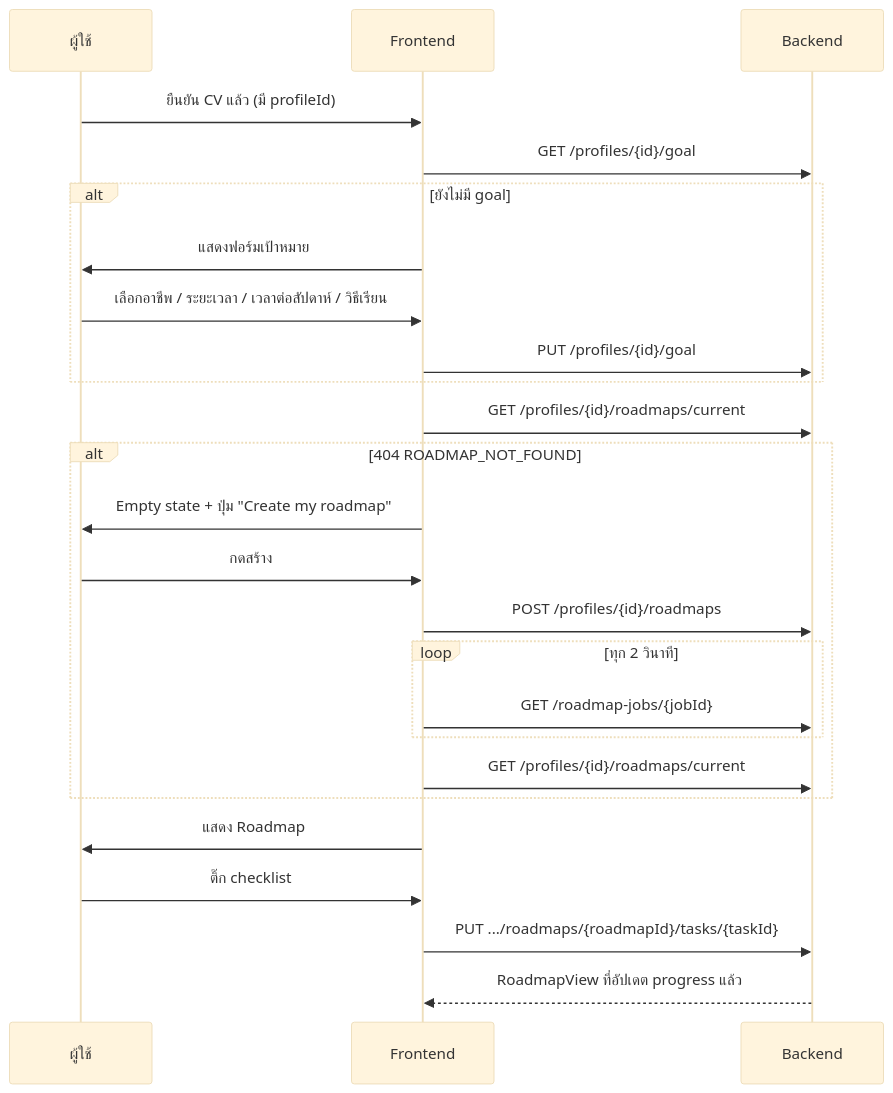
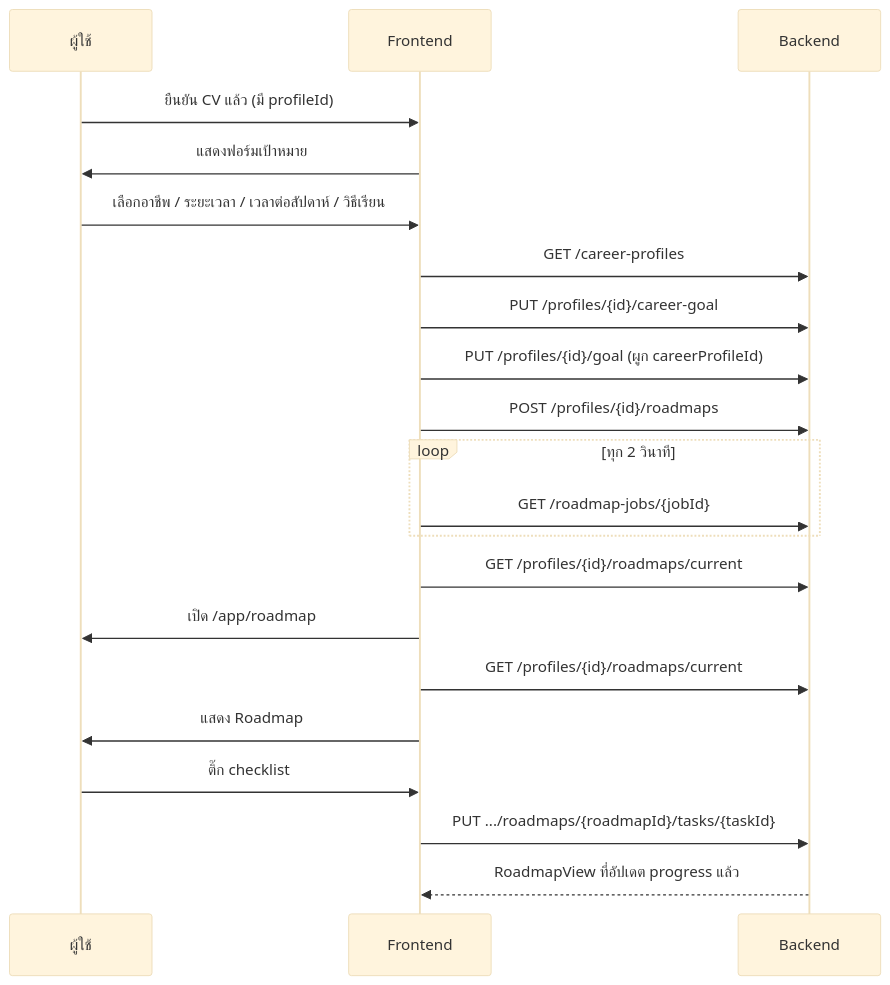
Before and after one commit to THN4/glow-job: the diagram in docs/roadmap/frontend-handoff.md, drawn with Mermaid (base theme). The commit also changed other lines of this file and 8 other files, not shown here.

Commit message:
docs(roadmap): document live RAG generation flow

````diff
--- a/docs/roadmap/frontend-handoff.md
+++ b/docs/roadmap/frontend-handoff.md
@@ -14,27 +18,23 @@
 ```mermaid
 sequenceDiagram
     participant U as ผู้ใช้
     participant FE as Frontend
     participant BE as Backend
     U->>FE: ยืนยัน CV แล้ว (มี profileId)
-    FE->>BE: GET /profiles/{id}/goal
-    alt ยังไม่มี goal
-        FE->>U: แสดงฟอร์มเป้าหมาย
-        U->>FE: เลือกอาชีพ / ระยะเวลา / เวลาต่อสัปดาห์ / วิธีเรียน
-        FE->>BE: PUT /profiles/{id}/goal
+    FE->>U: แสดงฟอร์มเป้าหมาย
+    U->>FE: เลือกอาชีพ / ระยะเวลา / เวลาต่อสัปดาห์ / วิธีเรียน
+    FE->>BE: GET /career-profiles
+    FE->>BE: PUT /profiles/{id}/career-goal
+    FE->>BE: PUT /profiles/{id}/goal (ผูก careerProfileId)
+    FE->>BE: POST /profiles/{id}/roadmaps
+    loop ทุก 2 วินาที
+        FE->>BE: GET /roadmap-jobs/{jobId}
     end
     FE->>BE: GET /profiles/{id}/roadmaps/current
-    alt 404 ROADMAP_NOT_FOUND
-        FE->>U: Empty state + ปุ่ม "Create my roadmap"
-        U->>FE: กดสร้าง
-        FE->>BE: POST /profiles/{id}/roadmaps
-        loop ทุก 2 วินาที
-            FE->>BE: GET /roadmap-jobs/{jobId}
-        end
-        FE->>BE: GET /profiles/{id}/roadmaps/current
-    end
+    FE->>U: เปิด /app/roadmap
+    FE->>BE: GET /profiles/{id}/roadmaps/current
     FE->>U: แสดง Roadmap
     U->>FE: ติ๊ก checklist
     FE->>BE: PUT .../roadmaps/{roadmapId}/tasks/{taskId}
     BE-->>FE: RoadmapView ที่อัปเดต progress แล้ว
 ```
````
